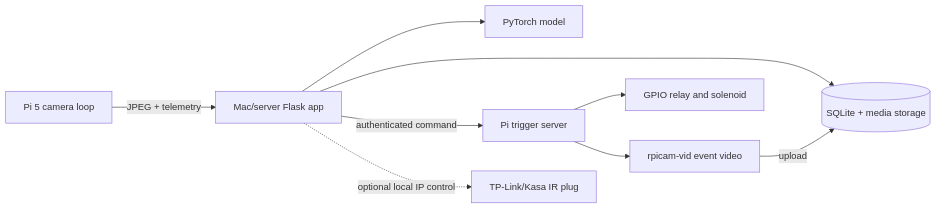
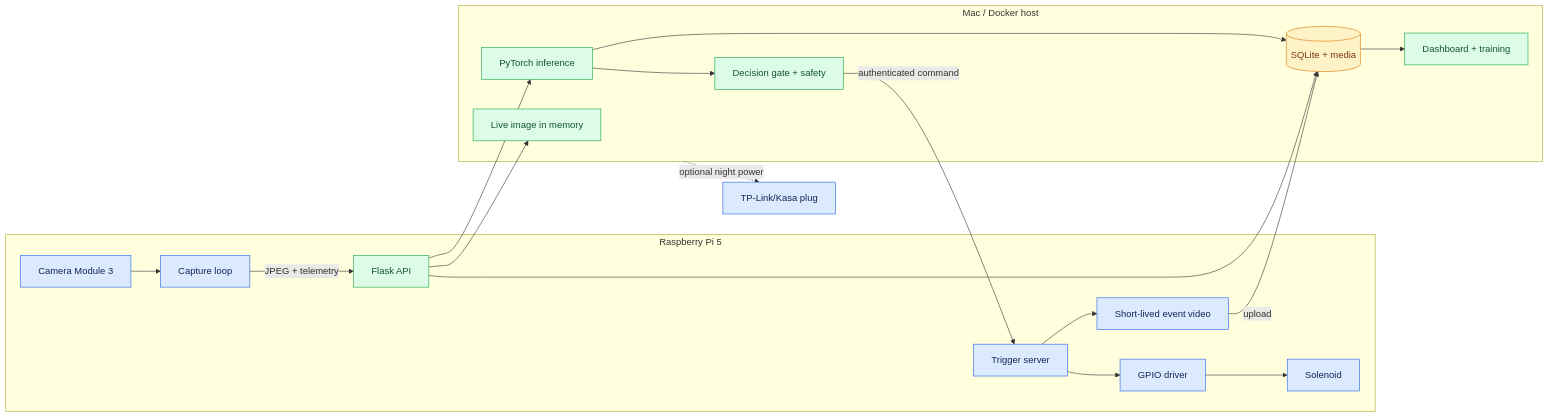
The diagram in docs/ARCHITECTURE.md (nkgilley/squirrel-soaker), drawn with Mermaid before and after one commit. The commit also changed 2 other files, not shown here.

Commit message:
Clarify system architecture diagrams

````diff
--- a/docs/ARCHITECTURE.md
+++ b/docs/ARCHITECTURE.md
@@ -5,11 +5,25 @@
 ```mermaid
 flowchart LR
-  C[Pi 5 camera loop] -->|JPEG + telemetry| A[Mac/server Flask app]
-  A --> M[PyTorch model]
-  A --> D[(SQLite + media storage)]
-  A -->|authenticated command| T[Pi trigger server]
-  T --> G[GPIO relay and solenoid]
-  T --> V[rpicam-vid event video]
-  V -->|upload| D
-  A -. optional local IP control .-> K[TP-Link/Kasa IR plug]
+  subgraph PI["Raspberry Pi 5"]
+    C["Camera Module 3"] --> L["Capture loop"]
+    L -->|"JPEG + telemetry"| A
+    T["Trigger server"] --> G["GPIO driver"] --> S["Solenoid"]
+    T --> V["Short-lived event video"]
+  end
+  subgraph SERVER["Mac / Docker host"]
+    A["Flask API"] --> M["PyTorch inference"] --> Q["Decision gate + safety"]
+    A --> I["Live image in memory"]
+    Q -->|"authenticated command"| T
+    A --> D[("SQLite + media")]
+    M --> D
+    D --> U["Dashboard + training"]
+  end
+  V -->|"upload"| D
+  SERVER -. "optional night power" .-> K["TP-Link/Kasa plug"]
+  classDef device fill:#dbeafe,stroke:#2563eb,color:#172554
+  classDef app fill:#dcfce7,stroke:#16a34a,color:#14532d
+  classDef data fill:#fef3c7,stroke:#d97706,color:#78350f
+  class C,L,T,G,S,V,K device
+  class A,M,Q,I,U app
+  class D data
 ```
````
